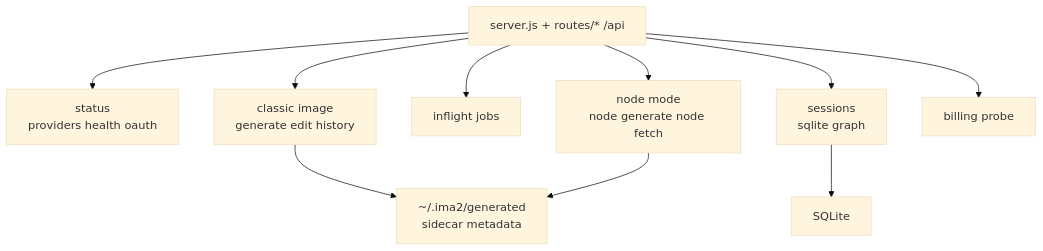
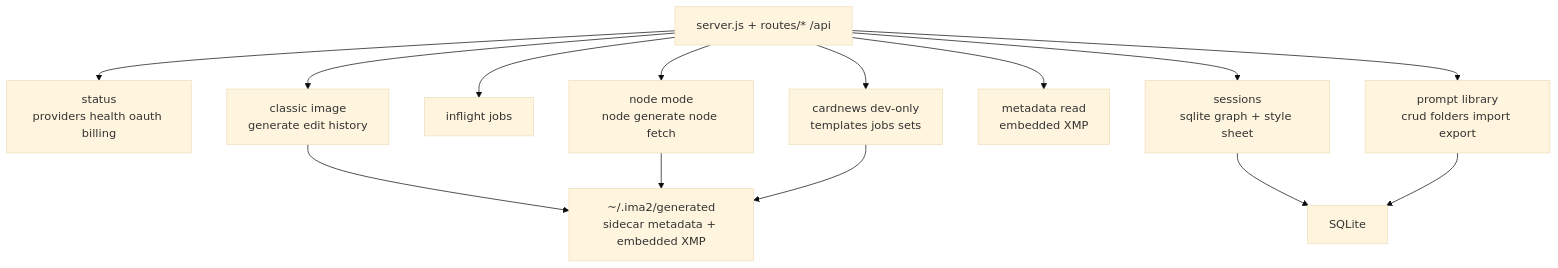
Before and after one commit to ChatPoongKun/ima2-gen: the diagram in structure/03-server-api.md, drawn with Mermaid (base theme). The commit also changed other lines of this file and 26 other files, not shown here.

Commit message:
feat: add multimode sequence generation

````diff
--- a/structure/03-server-api.md
+++ b/structure/03-server-api.md
@@ -19,12 +19,16 @@
 ```mermaid
 graph TD
-    API["server.js + routes/* /api"] --> STATUS["status<br/>providers health oauth"]
+    API["server.js + routes/* /api"] --> STATUS["status<br/>providers health oauth billing"]
     API --> IMG["classic image<br/>generate edit history"]
     API --> JOBS["inflight jobs"]
     API --> NODE["node mode<br/>node generate node fetch"]
-    API --> SESS["sessions<br/>sqlite graph"]
-    API --> BILL["billing probe"]
-    IMG --> FILES["~/.ima2/generated<br/>sidecar metadata"]
+    API --> SESS["sessions<br/>sqlite graph + style sheet"]
+    API --> META["metadata read<br/>embedded XMP"]
+    API --> PROMPTS["prompt library<br/>crud folders import export"]
+    API --> CARD["cardnews dev-only<br/>templates jobs sets"]
+    IMG --> FILES["~/.ima2/generated<br/>sidecar metadata + embedded XMP"]
     NODE --> FILES
     SESS --> DB["SQLite"]
+    PROMPTS --> DB
+    CARD --> FILES
 ```
````
